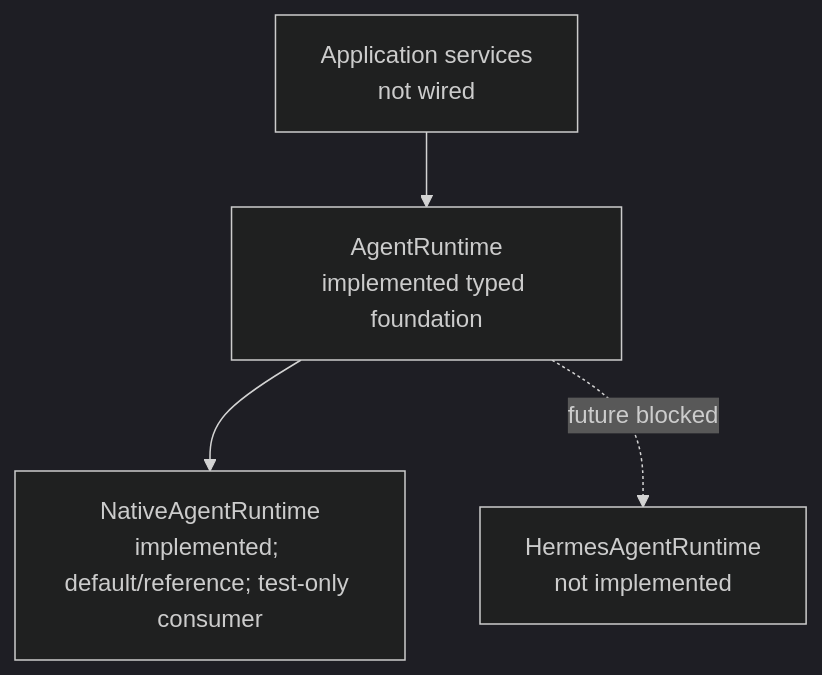
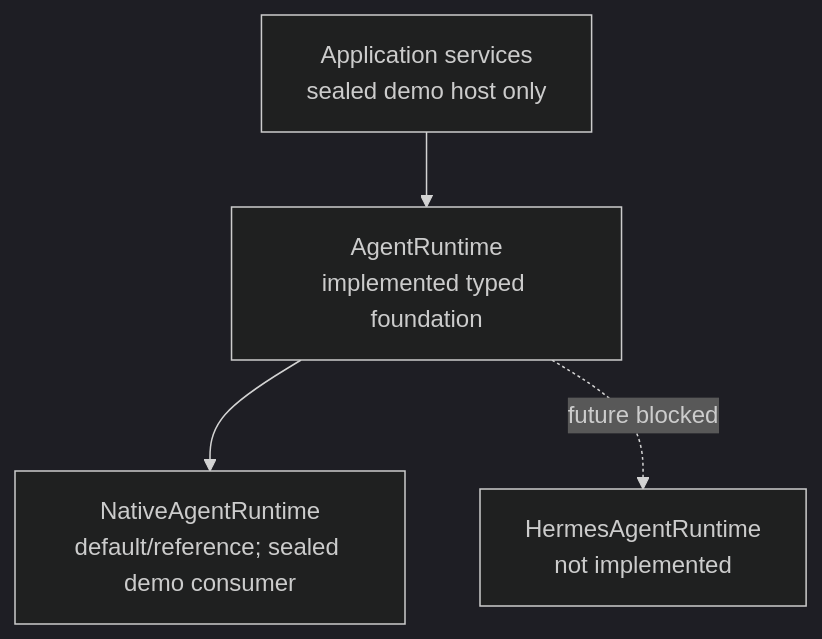
Before and after one commit to SillyRbbit/ai-agent-assistant: the third of 5 diagrams in ARCHITECTURE.md, drawn with Mermaid (dark theme). The commit also changed other lines of this file and 28 other files, not shown here.

````diff
--- a/ARCHITECTURE.md
+++ b/ARCHITECTURE.md
@@ -203,6 +220,6 @@
 ```mermaid
 flowchart TD
-    Application["Application services<br/>not wired"] --> Contract["AgentRuntime<br/>implemented typed foundation"]
-    Contract --> Native["NativeAgentRuntime<br/>implemented; default/reference; test-only consumer"]
+    Application["Application services<br/>sealed demo host only"] --> Contract["AgentRuntime<br/>implemented typed foundation"]
+    Contract --> Native["NativeAgentRuntime<br/>default/reference; sealed demo consumer"]
     Contract -. future blocked .-> Hermes["HermesAgentRuntime<br/>not implemented"]
 ```
````
